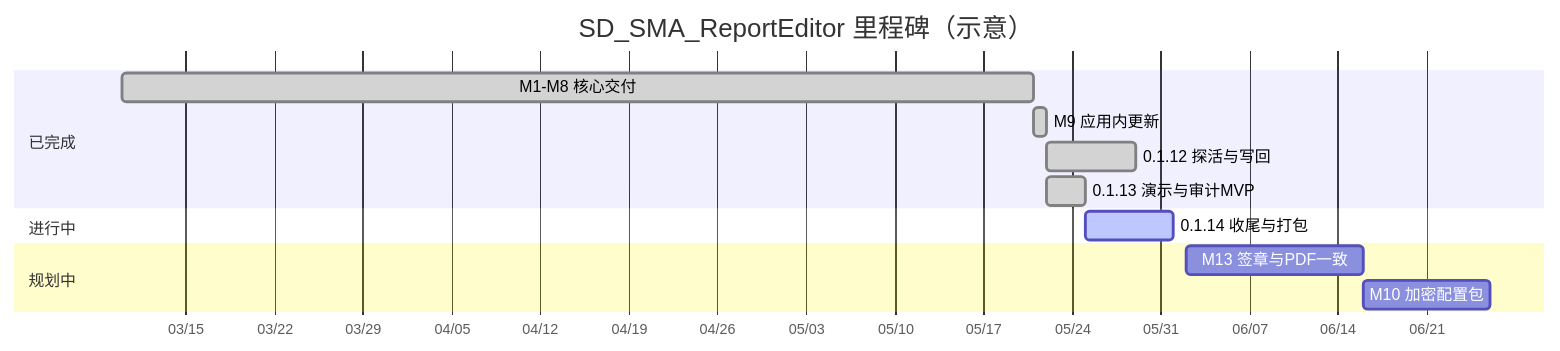
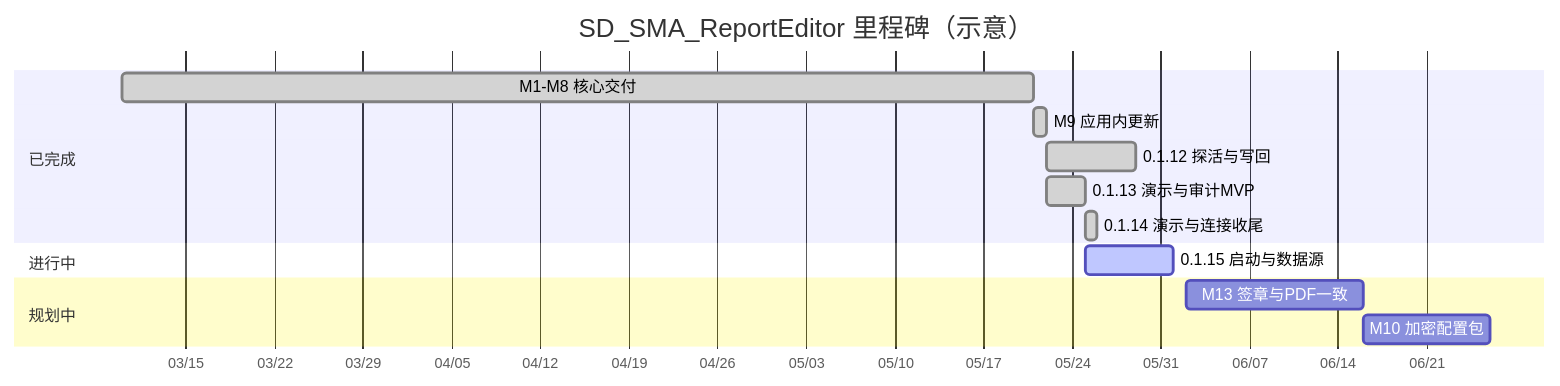
Before and after one commit to cwjwudi/sma_data_collector: the first of 2 diagrams in _Prj/SD_SMA_ReportEditor/_Doc/002_里程碑与工单.md, drawn with Mermaid. The commit also changed other lines of this file and 5 other files, not shown here.

````diff
--- a/_Prj/SD_SMA_ReportEditor/_Doc/002_里程碑与工单.md
+++ b/_Prj/SD_SMA_ReportEditor/_Doc/002_里程碑与工单.md
@@ -124,19 +147,20 @@
 ```mermaid
 gantt
     title SD_SMA_ReportEditor 里程碑（示意）
     dateFormat YYYY-MM-DD
     axisFormat %m/%d
 
     section 已完成
     M1-M8 核心交付         :done, core, 2026-03-10, 2026-05-21
     M9 应用内更新          :done, m9, 2026-05-21, 2026-05-22
     0.1.12 探活与写回      :done, v112, 2026-05-22, 7d
     0.1.13 演示与审计MVP   :done, v113, 2026-05-22, 2026-05-25
+    0.1.14 演示与连接收尾  :done, v114, 2026-05-25, 1d
 
     section 进行中
-    0.1.14 收尾与打包      :active, v114, 2026-05-25, 7d
+    0.1.15 启动与数据源    :active, v115, 2026-05-25, 7d
 
     section 规划中
     M13 签章与PDF一致      :m13, 2026-06-02, 14d
     M10 加密配置包         :m10, 2026-06-16, 10d
 ```
````
